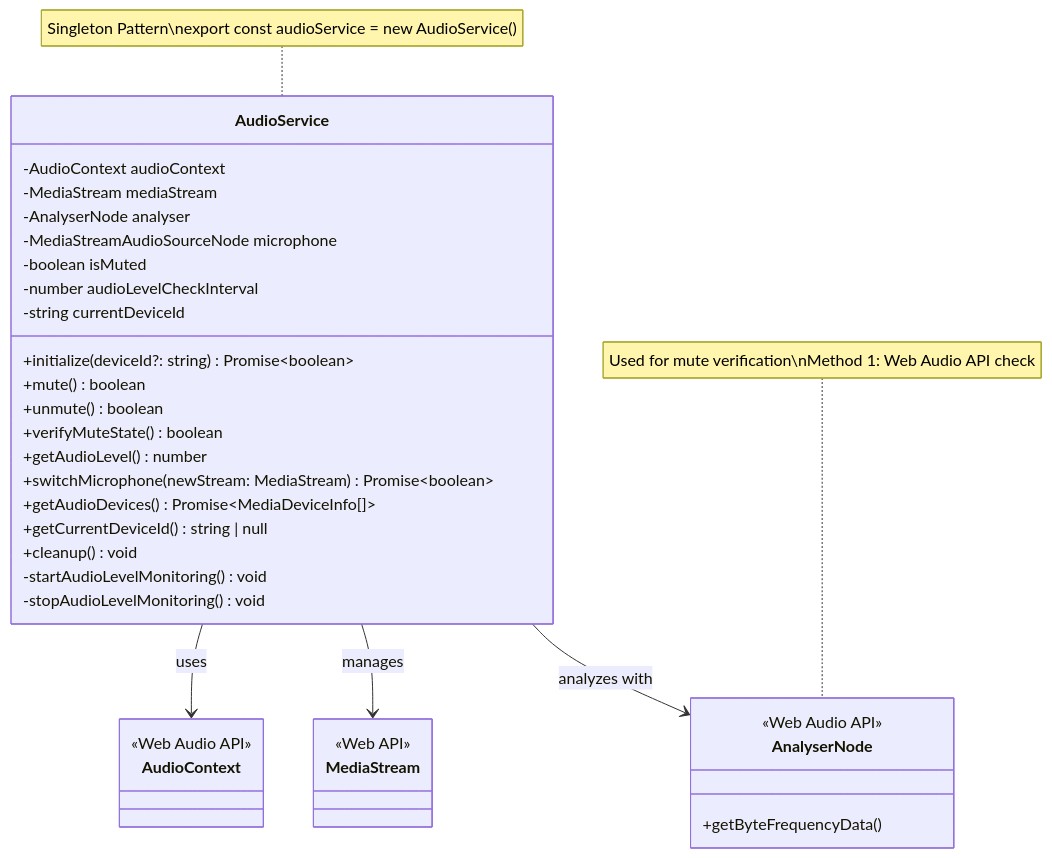
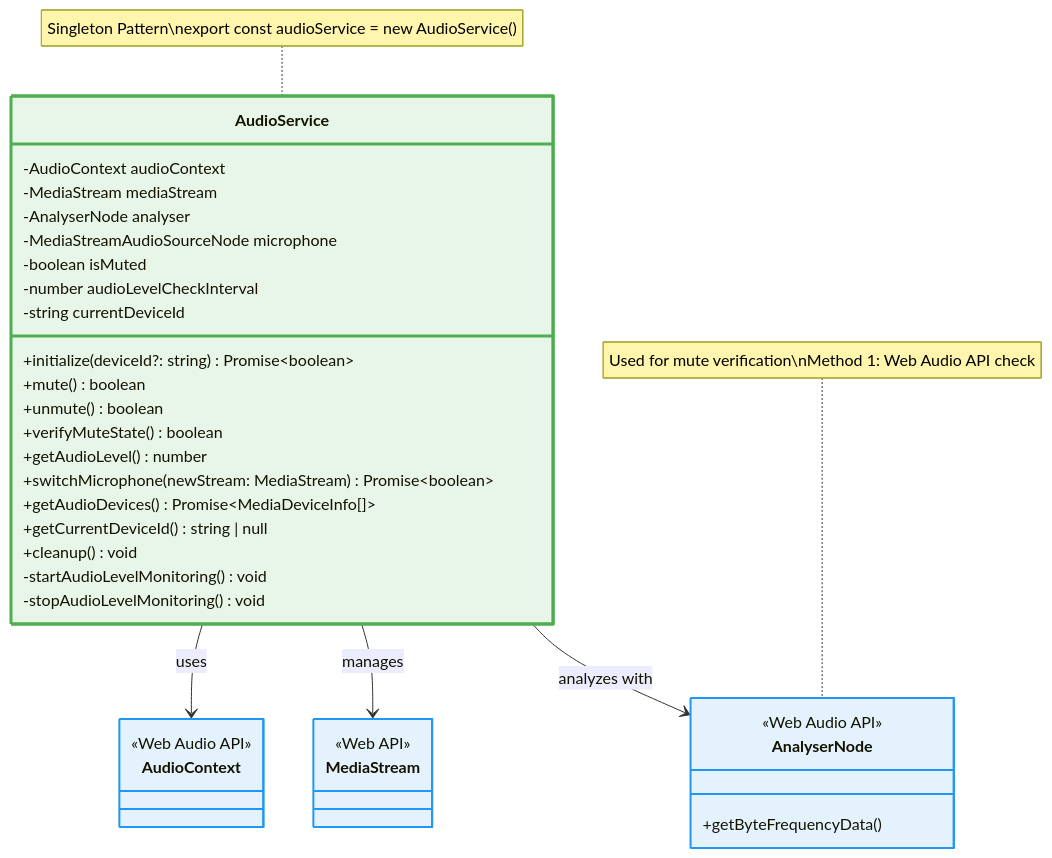
One commit to arthur900530/team-bug-farmers changed the third of 9 diagrams in CLASS_DIAGRAMS.md. Above: the diagram before and after it, drawn with Mermaid. The commit also changed other lines of this file, not shown here.

First line of the commit message:
Add consistent color scheme to all class diagrams

````diff
--- a/CLASS_DIAGRAMS.md
+++ b/CLASS_DIAGRAMS.md
@@ -289,45 +317,50 @@
 ```mermaid
 classDiagram
     class AudioService {
         -AudioContext audioContext
         -MediaStream mediaStream
         -AnalyserNode analyser
         -MediaStreamAudioSourceNode microphone
         -boolean isMuted
         -number audioLevelCheckInterval
         -string currentDeviceId
         
         +initialize(deviceId?: string) Promise~boolean~
         +mute() boolean
         +unmute() boolean
         +verifyMuteState() boolean
         +getAudioLevel() number
         +switchMicrophone(newStream: MediaStream) Promise~boolean~
         +getAudioDevices() Promise~MediaDeviceInfo[]~
         +getCurrentDeviceId() string | null
         +cleanup() void
         -startAudioLevelMonitoring() void
         -stopAudioLevelMonitoring() void
     }
     
     class AudioContext {
         <<Web Audio API>>
     }
     
     class MediaStream {
         <<Web API>>
     }
     
     class AnalyserNode {
         <<Web Audio API>>
         +getByteFrequencyData()
     }
     
     AudioService --> AudioContext : uses
     AudioService --> MediaStream : manages
     AudioService --> AnalyserNode : analyzes with
     
+    style AudioService fill:#E8F5E9,stroke:#4CAF50,stroke-width:3px
+    style AudioContext fill:#E3F2FD,stroke:#2196F3,stroke-width:2px
+    style MediaStream fill:#E3F2FD,stroke:#2196F3,stroke-width:2px
+    style AnalyserNode fill:#E3F2FD,stroke:#2196F3,stroke-width:2px
+    
     note for AudioService "Singleton Pattern\nexport const audioService = new AudioService()"
     
     note for AnalyserNode "Used for mute verification\nMethod 1: Web Audio API check"
 ```
````
